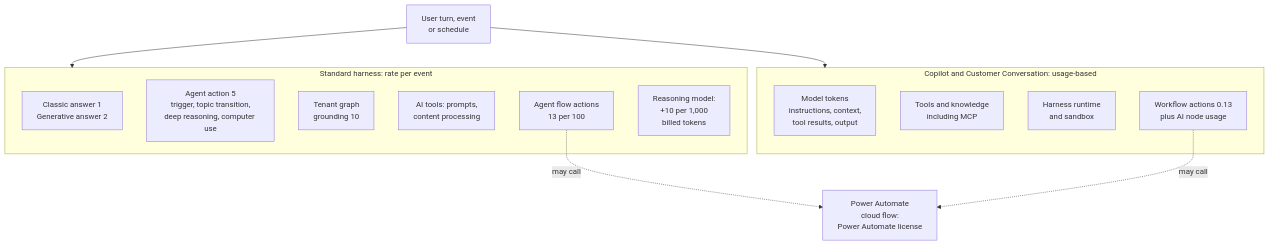
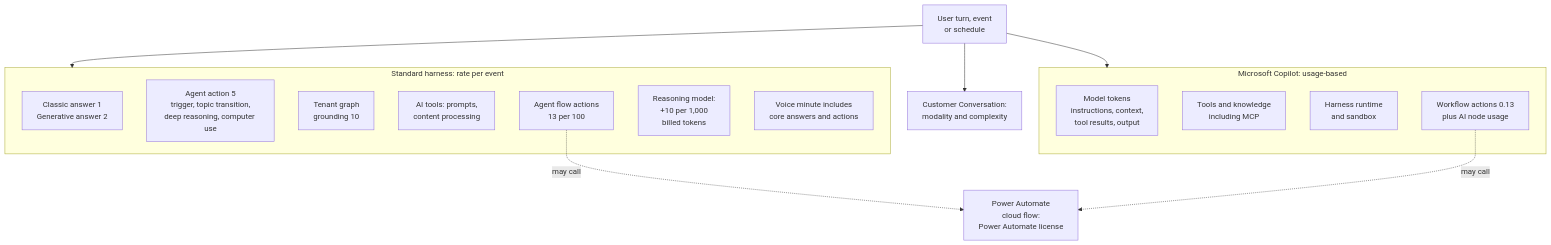
One commit to abhishek-ai-enabler/copilotstudio-architecture-patterns changed the diagram in COPILOT-CREDITS.md. Above: the diagram before and after it, drawn with Mermaid. The commit also changed other lines of this file and 21 other files, not shown here.

First line of the commit message:
Correct harness support, approval boundaries and credit estimates

````diff
--- a/COPILOT-CREDITS.md
+++ b/COPILOT-CREDITS.md
@@ -19,30 +20,33 @@
 ```mermaid
 flowchart TB
     accTitle: Where Copilot Credits accrue in one request
-    accDescr: A request enters an agent. On the standard harness, credits accrue per answer type, agent action, tenant graph grounding, AI tool and agent flow action. On the Microsoft Copilot or Customer Conversation harness, credits accrue for tokens, tools and the harness itself, and workflows add 0.13 credits per action plus AI node usage. Power Automate cloud flows are licensed separately.
+    accDescr: Standard digital interactions use feature meters. Standard voice minutes include core answers and agent actions. The Microsoft Copilot harness meters model, tool and runtime usage; the Customer Conversation harness estimates by modality and complexity. A separate Power Automate flow has its own licensing.
 
     REQ["User turn, event<br/>or schedule"]
 
     subgraph STD["Standard harness: rate per event"]
         S1["Classic answer 1<br/>Generative answer 2"]
         S2["Agent action 5<br/>trigger, topic transition,<br/>deep reasoning, computer use"]
         S3["Tenant graph<br/>grounding 10"]
         S4["AI tools: prompts,<br/>content processing"]
         S5["Agent flow actions<br/>13 per 100"]
         S6["Reasoning model:<br/>+10 per 1,000<br/>billed tokens"]
+        S7["Voice minute includes<br/>core answers and actions"]
     end
 
-    subgraph UB["Copilot and Customer Conversation: usage-based"]
+    subgraph UB["Microsoft Copilot: usage-based"]
         U1["Model tokens<br/>instructions, context,<br/>tool results, output"]
         U2["Tools and knowledge<br/>including MCP"]
         U3["Harness runtime<br/>and sandbox"]
         U4["Workflow actions 0.13<br/>plus AI node usage"]
     end
 
     PA["Power Automate<br/>cloud flow:<br/>Power Automate license"]
+    CC["Customer Conversation:<br/>modality and complexity"]
 
     REQ --> STD
     REQ --> UB
+    REQ --> CC
     S5 -.->|"may call"| PA
     U4 -.->|"may call"| PA
 ```
````
